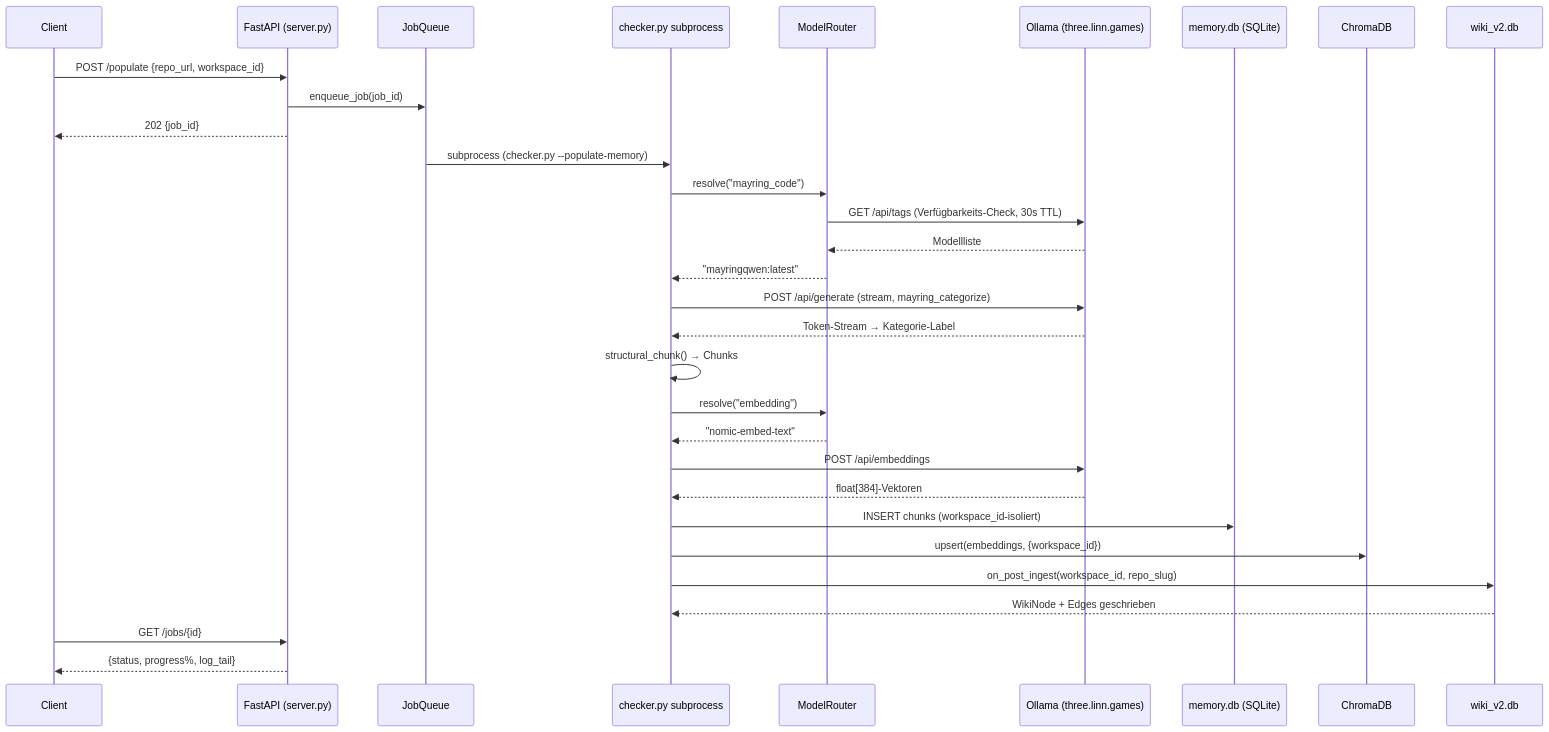
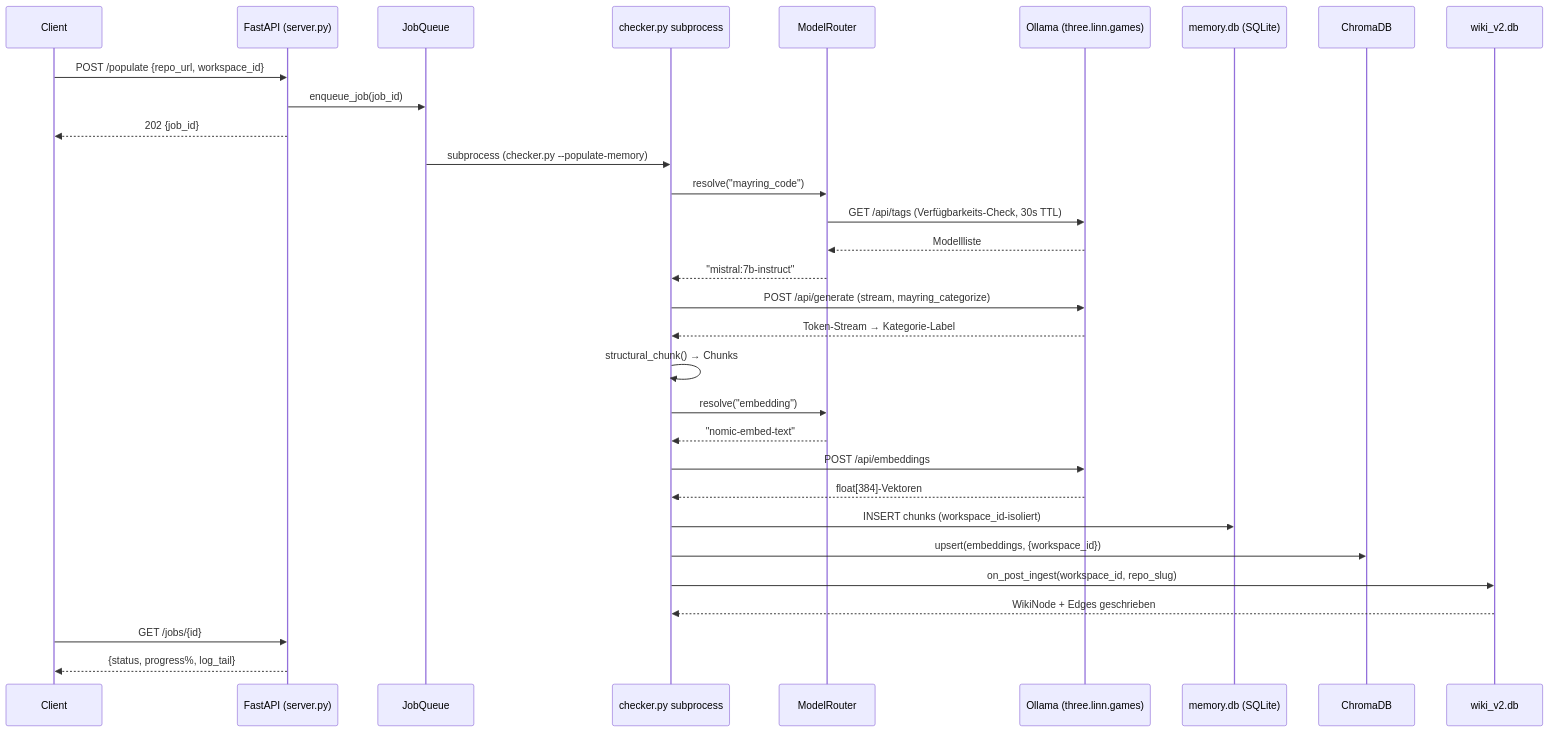
Before and after one commit to Nileneb/MayringCoder: the second of 2 diagrams in README.md, drawn with Mermaid. The commit also changed other lines of this file and 7 other files, not shown here.

First line of the commit message:
fix(models): drop references to non-existent mayring-qwen3:2b / mayringqwen:latest (#121)

````diff
--- a/README.md
+++ b/README.md
@@ -95,40 +95,40 @@
 ```mermaid
 sequenceDiagram
     participant Client
     participant API as FastAPI (server.py)
     participant Q as JobQueue
     participant Worker as checker.py subprocess
     participant MR as ModelRouter
     participant Ollama as Ollama (three.linn.games)
     participant DB as memory.db (SQLite)
     participant Chroma as ChromaDB
     participant Wiki as wiki_v2.db
 
     Client->>API: POST /populate {repo_url, workspace_id}
     API->>Q: enqueue_job(job_id)
     API-->>Client: 202 {job_id}
 
     Q->>Worker: subprocess (checker.py --populate-memory)
     Worker->>MR: resolve("mayring_code")
     MR->>Ollama: GET /api/tags (Verfügbarkeits-Check, 30s TTL)
     Ollama-->>MR: Modellliste
-    MR-->>Worker: "mayringqwen:latest"
+    MR-->>Worker: "mistral:7b-instruct"
 
     Worker->>Ollama: POST /api/generate (stream, mayring_categorize)
     Ollama-->>Worker: Token-Stream → Kategorie-Label
 
     Worker->>Worker: structural_chunk() → Chunks
     Worker->>MR: resolve("embedding")
     MR-->>Worker: "nomic-embed-text"
     Worker->>Ollama: POST /api/embeddings
     Ollama-->>Worker: float[384]-Vektoren
 
     Worker->>DB: INSERT chunks (workspace_id-isoliert)
     Worker->>Chroma: upsert(embeddings, {workspace_id})
 
     Worker->>Wiki: on_post_ingest(workspace_id, repo_slug)
     Wiki-->>Worker: WikiNode + Edges geschrieben
 
     Client->>API: GET /jobs/{id}
     API-->>Client: {status, progress%, log_tail}
 ```
````
